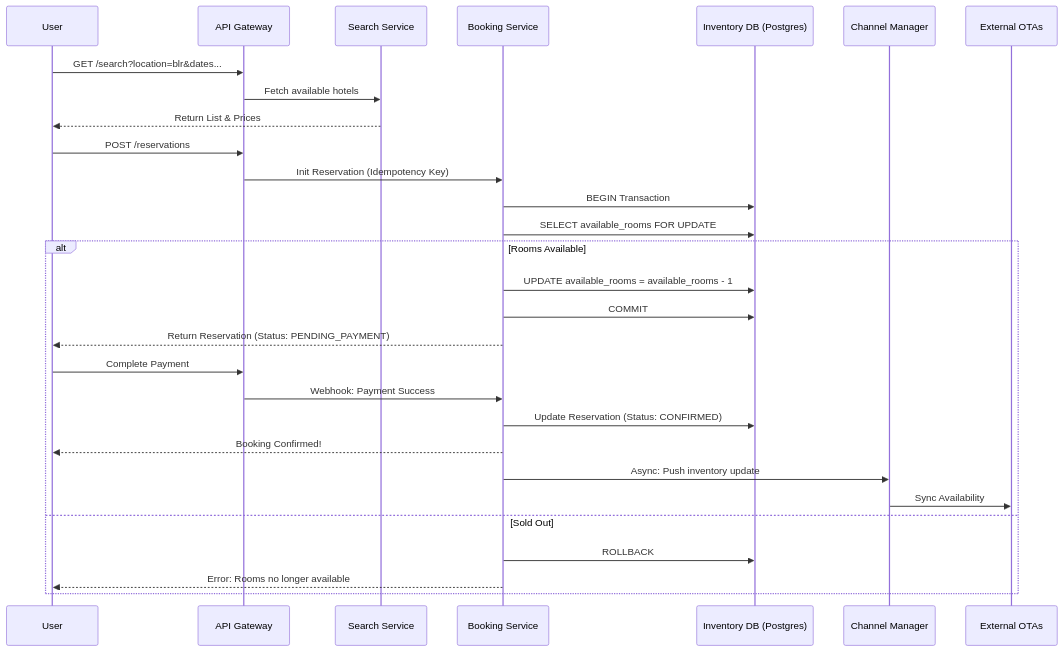
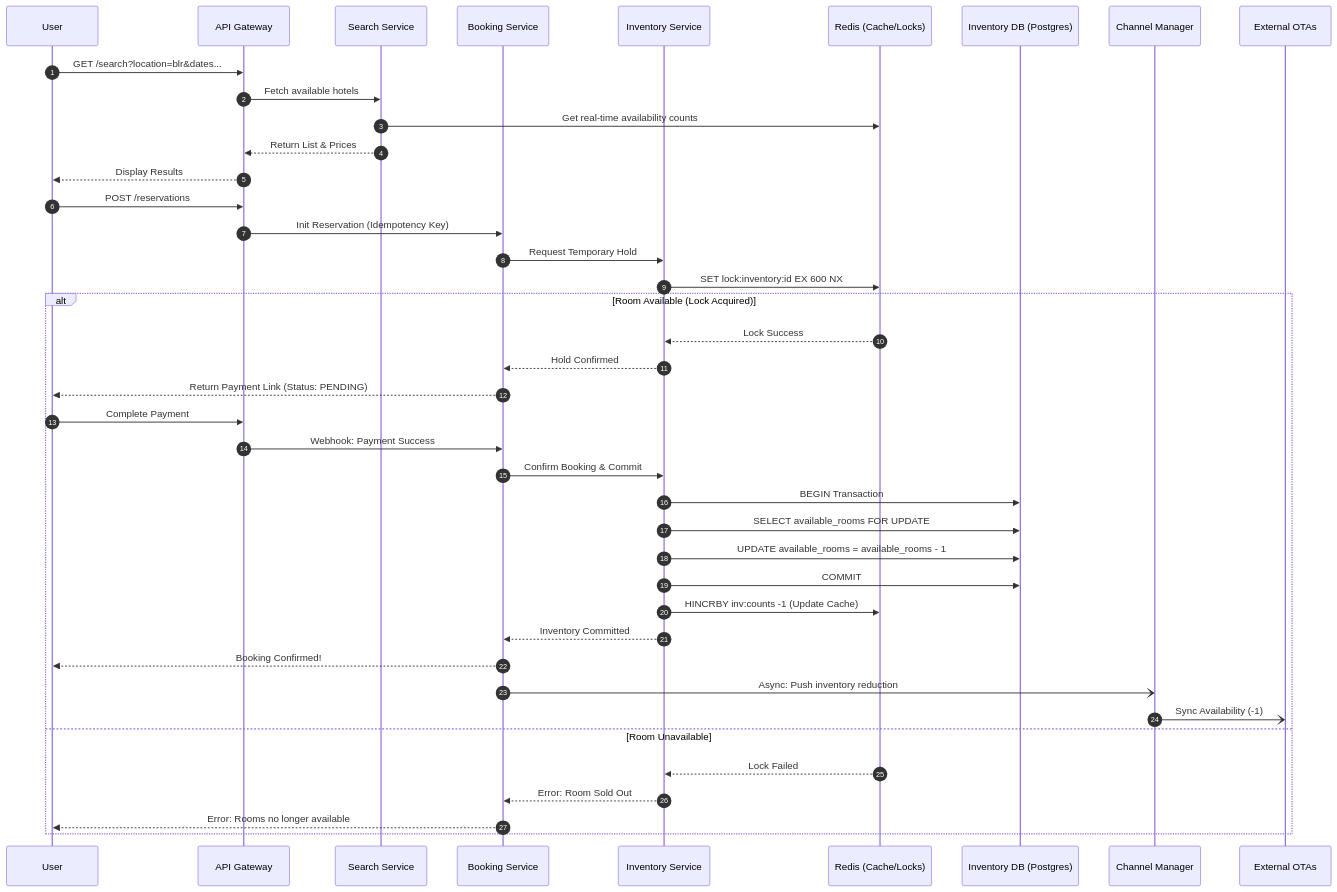
Before and after one commit to Goutam1511/Interview-Preparation: the second of 4 diagrams in System Design HLD/Hotel Reservation Aggregator/HLD.md, drawn with Mermaid. The commit also changed other lines of this file, not shown here.

First line of the commit message:
Revise sequence diagrams and user journeys for booking

````diff
--- a/System Design HLD/Hotel Reservation Aggregator/HLD.md
+++ b/System Design HLD/Hotel Reservation Aggregator/HLD.md
@@ -521,35 +537,50 @@
 ```mermaid
 sequenceDiagram
+    autonumber
     participant User
     participant Gateway as API Gateway
     participant Search as Search Service
     participant Booking as Booking Service
+    participant Inventory as Inventory Service
+    participant Redis as Redis (Cache/Locks)
     participant InvDB as Inventory DB (Postgres)
     participant Channel as Channel Manager
 
     User->>Gateway: GET /search?location=blr&dates...
     Gateway->>Search: Fetch available hotels
-    Search-->>User: Return List & Prices
+    Search->>Redis: Get real-time availability counts
+    Search-->>Gateway: Return List & Prices
+    Gateway-->>User: Display Results
     
     User->>Gateway: POST /reservations
     Gateway->>Booking: Init Reservation (Idempotency Key)
     
-    Booking->>InvDB: BEGIN Transaction
-    Booking->>InvDB: SELECT available_rooms FOR UPDATE
-    alt Rooms Available
-        Booking->>InvDB: UPDATE available_rooms = available_rooms - 1
-        Booking->>InvDB: COMMIT
-        Booking-->>User: Return Reservation (Status: PENDING_PAYMENT)
+    %% The Hold Phase
+    Booking->>Inventory: Request Temporary Hold
+    Inventory->>Redis: SET lock:inventory:id EX 600 NX
+    alt Room Available (Lock Acquired)
+        Redis-->>Inventory: Lock Success
+        Inventory-->>Booking: Hold Confirmed
+        Booking-->>User: Return Payment Link (Status: PENDING)
         
         User->>Gateway: Complete Payment
         Gateway->>Booking: Webhook: Payment Success
-        Booking->>InvDB: Update Reservation (Status: CONFIRMED)
+        
+        %% The Commit Phase
+        Booking->>Inventory: Confirm Booking & Commit
+        Inventory->>InvDB: BEGIN Transaction
+        Inventory->>InvDB: SELECT available_rooms FOR UPDATE
+        Inventory->>InvDB: UPDATE available_rooms = available_rooms - 1
+        Inventory->>InvDB: COMMIT
+        Inventory->>Redis: HINCRBY inv:counts -1 (Update Cache)
+        Inventory-->>Booking: Inventory Committed
+        
         Booking-->>User: Booking Confirmed!
-        
-        Booking->>Channel: Async: Push inventory update
-        Channel->>External OTAs: Sync Availability
-    else Sold Out
-        Booking->>InvDB: ROLLBACK
+        Booking-)Channel: Async: Push inventory reduction
+        Channel-)External OTAs: Sync Availability (-1)
+    else Room Unavailable
+        Redis-->>Inventory: Lock Failed
+        Inventory-->>Booking: Error: Room Sold Out
         Booking-->>User: Error: Rooms no longer available
     end
 ```
````
